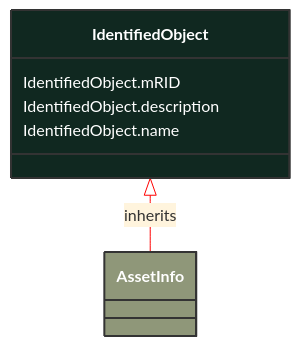
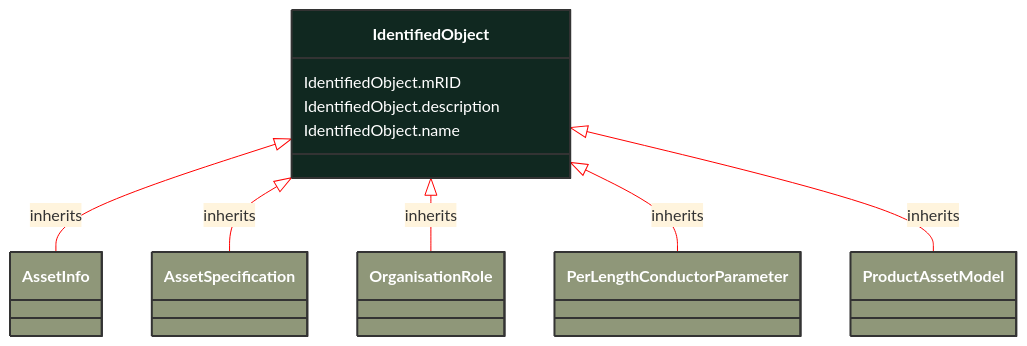
Before and after one commit to 3lbits/NoCIMExtensions: the diagram in docs/Models/Profiles/SubseaCableInfo/AbstractClasses/IdentifiedObject.md, drawn with Mermaid. The commit also changed 63 other files, not shown here.

````diff
--- a/docs/Models/Profiles/SubseaCableInfo/AbstractClasses/IdentifiedObject.md
+++ b/docs/Models/Profiles/SubseaCableInfo/AbstractClasses/IdentifiedObject.md
@@ -10,19 +10,43 @@
 ```mermaid
 %%{init: {'theme':'base','themeVariables': {'lineColor': '#FF0000'}}}%%
 classDiagram
     class IdentifiedObject
     click IdentifiedObject href "/Models/Profiles/SubseaCableInfo/AbstractClasses/IdentifiedObject/"
     style IdentifiedObject fill:#102820,stroke:#333,stroke-width:2px,rx:10,ry:10,color:white
 
         IdentifiedObject <|-- AssetInfo : inherits
 
         AssetInfo
             click AssetInfo href "/Models/Profiles/SubseaCableInfo/AbstractClasses/AssetInfo/"
             style AssetInfo fill:#8F9779,stroke:#333,stroke-width:2px,rx:10,ry:10,color:white
 
+        IdentifiedObject <|-- AssetSpecification : inherits
+
+        AssetSpecification
+            click AssetSpecification href "/Models/Profiles/SubseaCableInfo/ConcreteClasses/AssetSpecification/"
+            style AssetSpecification fill:#8F9779,stroke:#333,stroke-width:2px,rx:10,ry:10,color:white
+
+        IdentifiedObject <|-- OrganisationRole : inherits
+
+        OrganisationRole
+            click OrganisationRole href "/Models/Profiles/SubseaCableInfo/AbstractClasses/OrganisationRole/"
+            style OrganisationRole fill:#8F9779,stroke:#333,stroke-width:2px,rx:10,ry:10,color:white
+
+        IdentifiedObject <|-- PerLengthConductorParameter : inherits
+
+        PerLengthConductorParameter
+            click PerLengthConductorParameter href "/Models/Profiles/SubseaCableInfo/AbstractClasses/PerLengthConductorParameter/"
+            style PerLengthConductorParameter fill:#8F9779,stroke:#333,stroke-width:2px,rx:10,ry:10,color:white
+
+        IdentifiedObject <|-- ProductAssetModel : inherits
+
+        ProductAssetModel
+            click ProductAssetModel href "/Models/Profiles/SubseaCableInfo/ConcreteClasses/ProductAssetModel/"
+            style ProductAssetModel fill:#8F9779,stroke:#333,stroke-width:2px,rx:10,ry:10,color:white
+
 
 
         IdentifiedObject : IdentifiedObject.mRID
         IdentifiedObject : IdentifiedObject.description
         IdentifiedObject : IdentifiedObject.name
 ```
````
